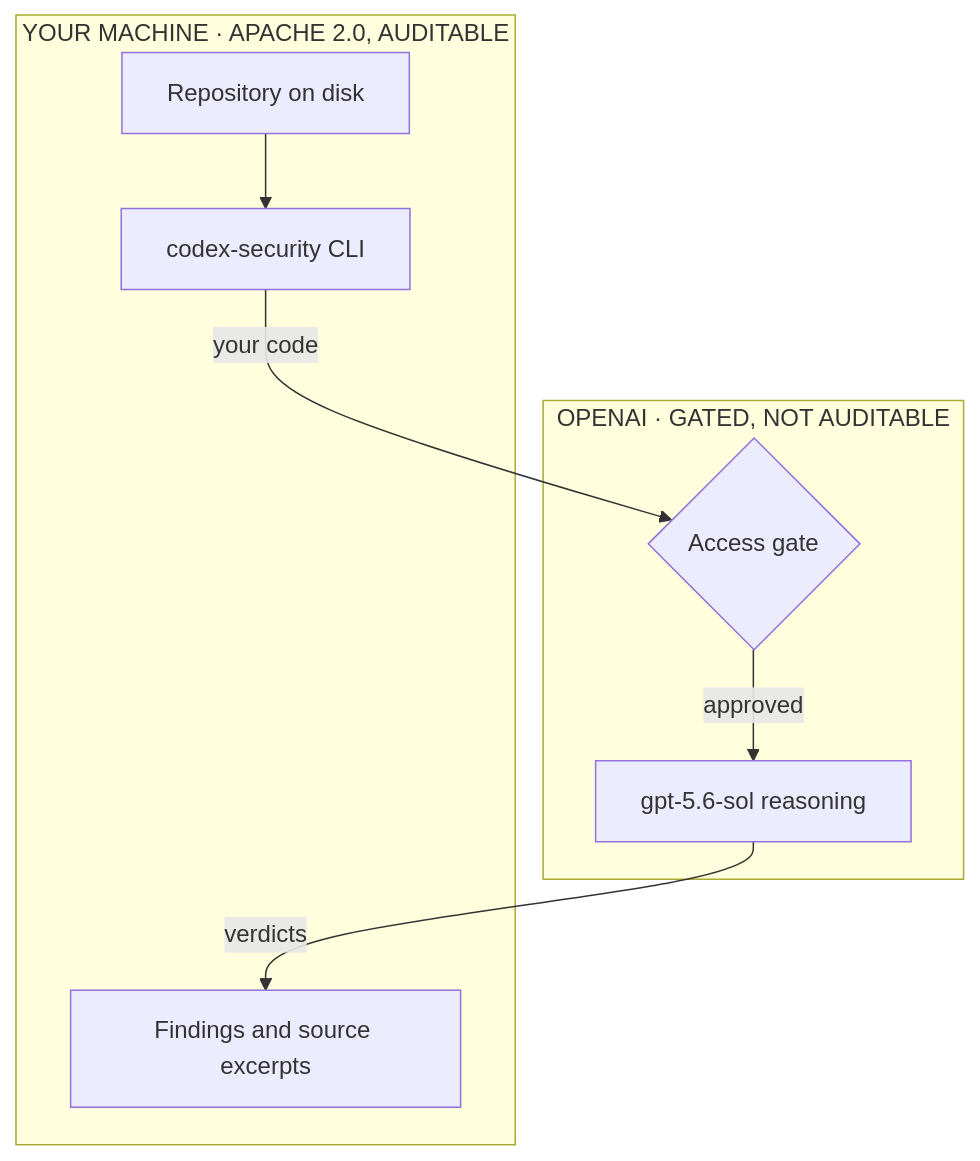
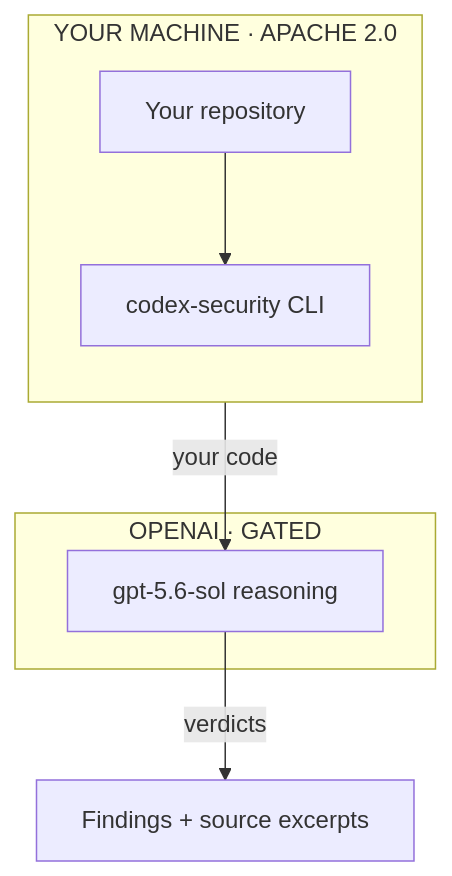
The diagram in src/content/notes/codex-security/index.mdx (NullKDev/nullkdev.github.io), drawn with Mermaid before and after one commit. The commit also changed 10 other files, not shown here.

Commit message:
refactor(prose): share the diagram viewer and cap its height

````diff
--- a/src/content/notes/codex-security/index.mdx
+++ b/src/content/notes/codex-security/index.mdx
@@ -90,14 +90,14 @@
 ```mermaid
 flowchart TB
-  subgraph closed ["OPENAI · GATED, NOT AUDITABLE"]
-    gate{Access gate} -- approved --> model[gpt-5.6-sol reasoning]
+  subgraph open ["YOUR MACHINE · APACHE 2.0"]
+    direction TB
+    repo[Your repository] --> cli[codex-security CLI]
   end
 
-  subgraph open ["YOUR MACHINE · APACHE 2.0, AUDITABLE"]
-    repo[Repository on disk] --> cli[codex-security CLI]
-    out[Findings and source excerpts]
+  subgraph closed ["OPENAI · GATED"]
+    model[gpt-5.6-sol reasoning]
   end
 
-  cli -- your code --> gate
-  model -- verdicts --> out
+  cli -- your code --> model
+  model -- verdicts --> out[Findings + source excerpts]
 ```
````
